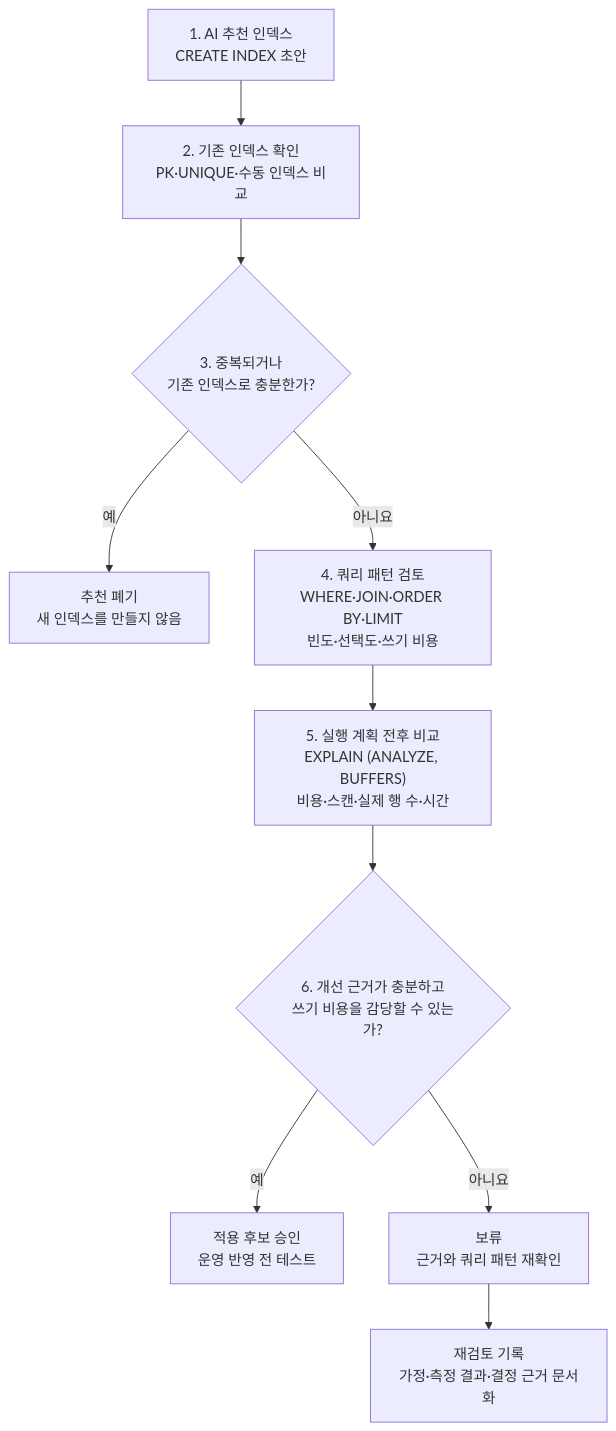
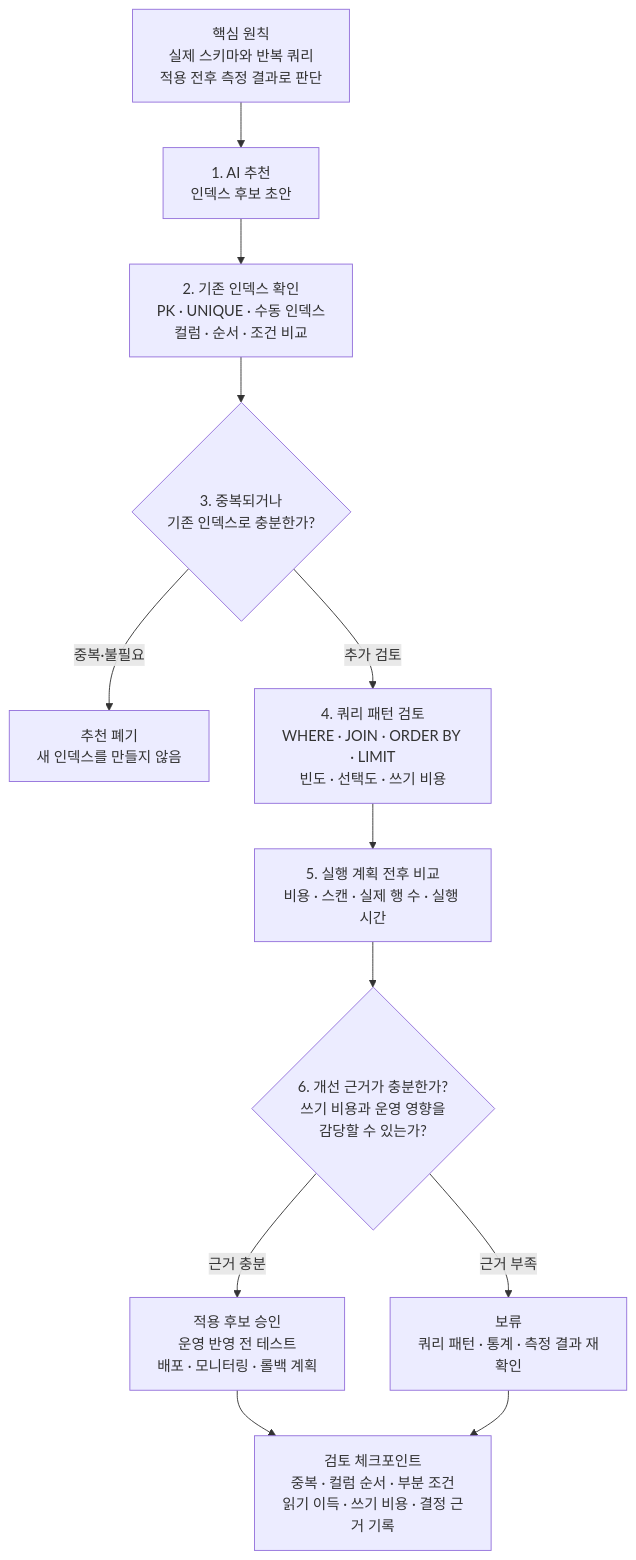
The diagram in images/chapter10/ch10_08_ai_index_review_flow.mmd (GilbertMoon/ai-database-book), drawn with Mermaid before and after one commit.

Commit message:
Sync AI index review Mermaid layout

```diff
--- a/images/chapter10/ch10_08_ai_index_review_flow.mmd
+++ b/images/chapter10/ch10_08_ai_index_review_flow.mmd
@@ -1,14 +1,14 @@
 flowchart TB
-    A["1. AI 추천 인덱스<br/>CREATE INDEX 초안"] --> B["2. 기존 인덱스 확인<br/>PK·UNIQUE·수동 인덱스 비교"]
+    P["핵심 원칙<br/>실제 스키마와 반복 쿼리<br/>적용 전후 측정 결과로 판단"]
+    A["1. AI 추천<br/>인덱스 후보 초안"] --> B["2. 기존 인덱스 확인<br/>PK · UNIQUE · 수동 인덱스<br/>컬럼 · 순서 · 조건 비교"]
     B --> C{"3. 중복되거나<br/>기존 인덱스로 충분한가?"}
-
-    C -- 예 --> D["추천 폐기<br/>새 인덱스를 만들지 않음"]
-    C -- 아니요 --> E["4. 쿼리 패턴 검토<br/>WHERE·JOIN·ORDER BY·LIMIT<br/>빈도·선택도·쓰기 비용"]
-
-    E --> F["5. 실행 계획 전후 비교<br/>EXPLAIN (ANALYZE, BUFFERS)<br/>비용·스캔·실제 행 수·시간"]
-    F --> G{"6. 개선 근거가 충분하고<br/>쓰기 비용을 감당할 수 있는가?"}
-
-    G -- 예 --> H["적용 후보 승인<br/>운영 반영 전 테스트"]
-    G -- 아니요 --> I["보류<br/>근거와 쿼리 패턴 재확인"]
-
-    I --> J["재검토 기록<br/>가정·측정 결과·결정 근거 문서화"]
+    C -- 중복·불필요 --> D["추천 폐기<br/>새 인덱스를 만들지 않음"]
+    C -- 추가 검토 --> E["4. 쿼리 패턴 검토<br/>WHERE · JOIN · ORDER BY · LIMIT<br/>빈도 · 선택도 · 쓰기 비용"]
+    E --> F["5. 실행 계획 전후 비교<br/>비용 · 스캔 · 실제 행 수 · 실행 시간"]
+    F --> G{"6. 개선 근거가 충분한가?<br/>쓰기 비용과 운영 영향을<br/>감당할 수 있는가?"}
+    G -- 근거 충분 --> H["적용 후보 승인<br/>운영 반영 전 테스트<br/>배포 · 모니터링 · 롤백 계획"]
+    G -- 근거 부족 --> I["보류<br/>쿼리 패턴 · 통계 · 측정 결과 재확인"]
+    J["검토 체크포인트<br/>중복 · 컬럼 순서 · 부분 조건<br/>읽기 이득 · 쓰기 비용 · 결정 근거 기록"]
+    P --> A
+    H --> J
+    I --> J
```
